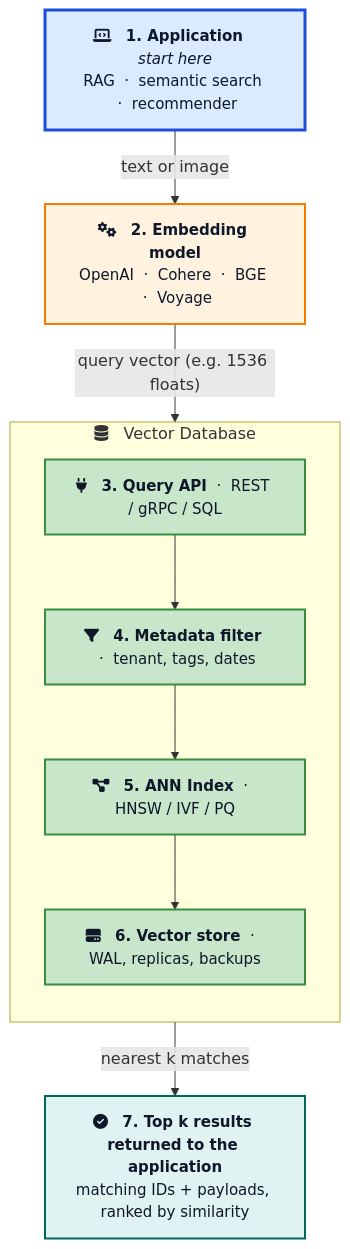
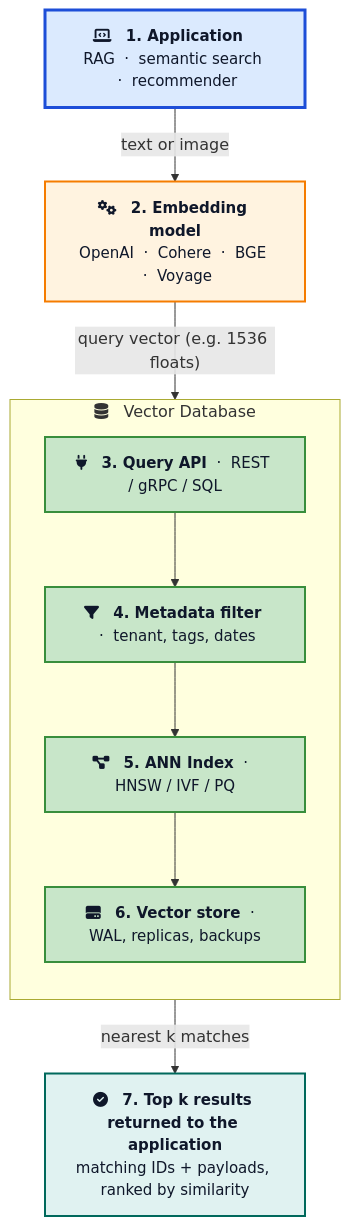
The first of 6 diagrams in _posts/2026-04-30-vector-database-deep-dive.md (ajitsing/ajitsing.github.io), drawn with Mermaid before and after one commit. The commit also changed 11 other files, not shown here.

````diff
--- a/_posts/2026-04-30-vector-database-deep-dive.md
+++ b/_posts/2026-04-30-vector-database-deep-dive.md
@@ -71,30 +71,30 @@
 ```mermaid
 flowchart TB
-    App["fa:fa-laptop-code &nbsp; <b>1. Application</b> &nbsp; <i>start here</i><br/>RAG &nbsp;&middot;&nbsp; semantic search &nbsp;&middot;&nbsp; recommender"]
+    App["fa:fa-laptop-code &nbsp; <b>1. Application</b> &nbsp; <br/>RAG &nbsp;&middot;&nbsp; semantic search &nbsp;&middot;&nbsp; recommender"]
 
     Embed["fa:fa-cogs &nbsp; <b>2. Embedding model</b><br/>OpenAI &nbsp;&middot;&nbsp; Cohere &nbsp;&middot;&nbsp; BGE &nbsp;&middot;&nbsp; Voyage"]
 
     subgraph VDB["fa:fa-database &nbsp; Vector Database"]
         direction TB
         API["fa:fa-plug &nbsp; <b>3. Query API</b> &nbsp;&middot;&nbsp; REST / gRPC / SQL"]
         Filter["fa:fa-filter &nbsp; <b>4. Metadata filter</b> &nbsp;&middot;&nbsp; tenant, tags, dates"]
         Index["fa:fa-project-diagram &nbsp; <b>5. ANN Index</b> &nbsp;&middot;&nbsp; HNSW / IVF / PQ"]
         Store["fa:fa-hdd &nbsp; <b>6. Vector store</b> &nbsp;&middot;&nbsp; WAL, replicas, backups"]
         API --> Filter --> Index --> Store
     end
 
     Result["fa:fa-check-circle &nbsp; <b>7. Top k results returned to the application</b><br/>matching IDs + payloads, ranked by similarity"]
 
     App -->|"text or image"| Embed
     Embed -->|"query vector (e.g. 1536 floats)"| API
     Store -->|"nearest k matches"| Result
 
     classDef boxBlue fill:#dbeafe,stroke:#1d4ed8,stroke-width:3px,color:#0f172a,font-size:15px
     classDef boxGreen fill:#c8e6c9,stroke:#388e3c,stroke-width:2px,color:#0f172a,font-size:15px
     classDef boxOrange fill:#fff3e0,stroke:#f57c00,stroke-width:2px,color:#0f172a,font-size:15px
     classDef boxTeal fill:#e0f2f1,stroke:#00695c,stroke-width:2px,color:#0f172a,font-size:15px
     class App boxBlue
     class Embed boxOrange
     class API,Filter,Index,Store boxGreen
     class Result boxTeal
 ```
````
